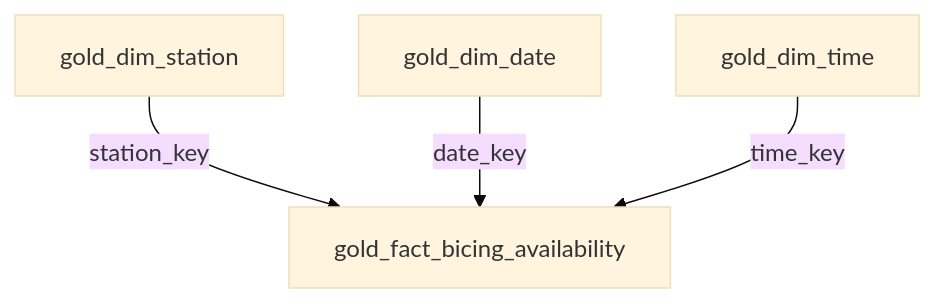
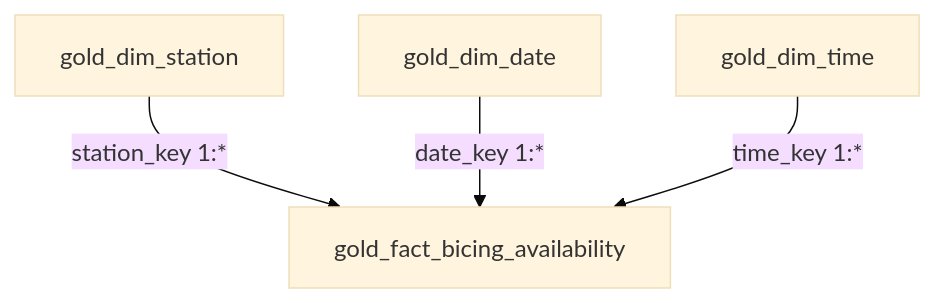
One commit to leninfonseca/barcelona-urban-mobility-data-platform changed the second of 2 diagrams in architecture/README.md. Above: the diagram before and after it, drawn with Mermaid (base theme). The commit also changed other lines of this file and 8 other files, not shown here.

````diff
--- a/architecture/README.md
+++ b/architecture/README.md
@@ -67,11 +79,11 @@
 ```mermaid
 flowchart TB
     S[gold_dim_station]
     D[gold_dim_date]
     T[gold_dim_time]
     F[gold_fact_bicing_availability]
 
-    S -->|station_key| F
-    D -->|date_key| F
-    T -->|time_key| F
+    S -->|station_key 1:*| F
+    D -->|date_key 1:*| F
+    T -->|time_key 1:*| F
 ```
````
